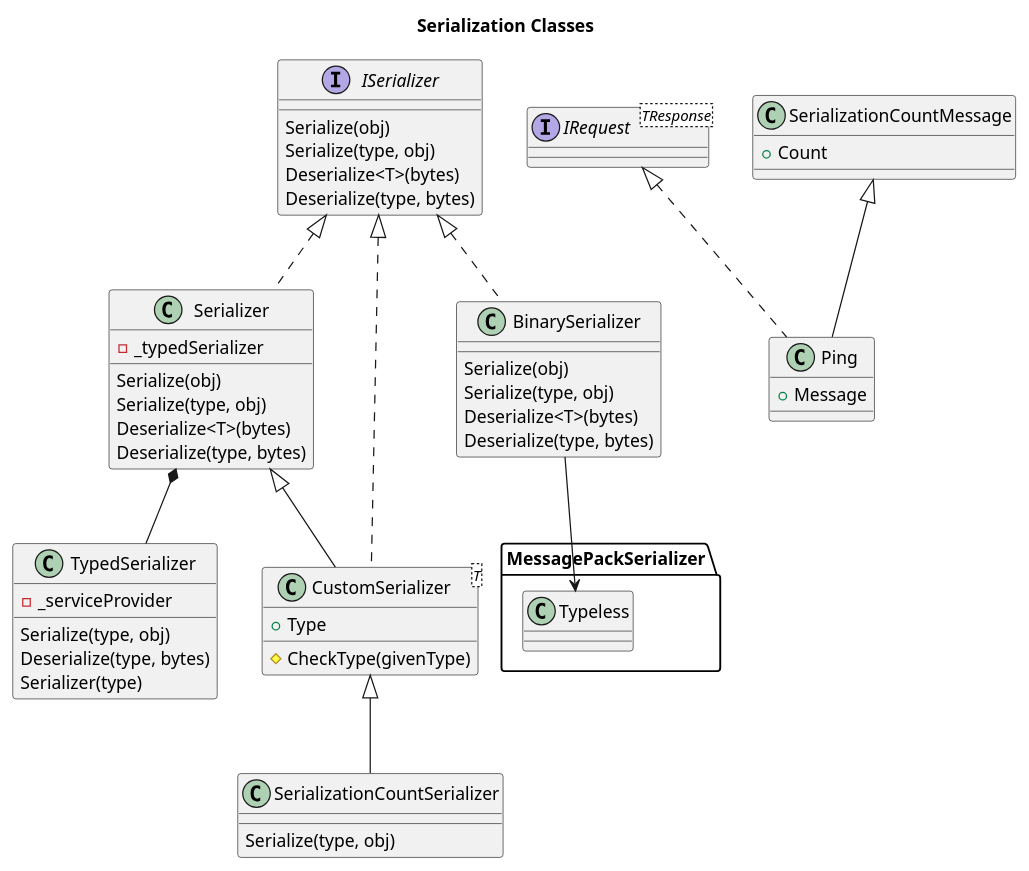
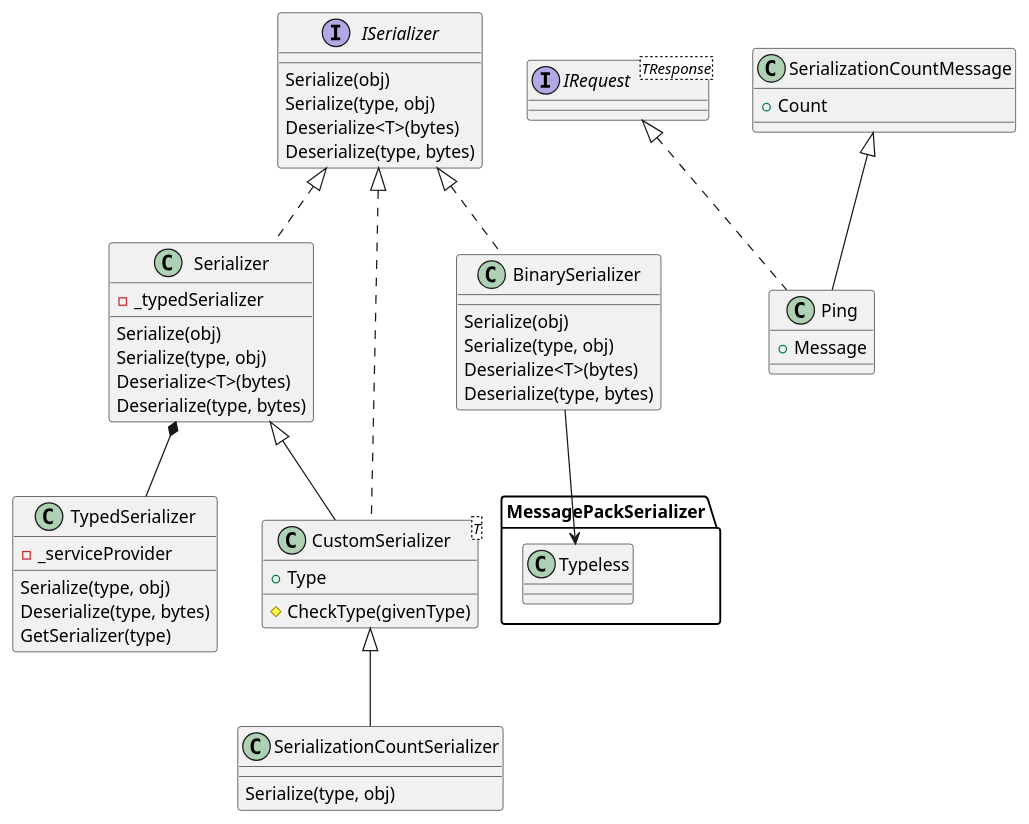
The first of 2 diagrams in doc/docs/serializer.md (toniarnold/DMediatR), drawn with PlantUML before and after one commit. The commit also changed other lines of this file and 40 other files, not shown here.

````diff
--- a/doc/docs/serializer.md
+++ b/doc/docs/serializer.md
@@ -7,66 +9,64 @@
 ```plantUml
 @startuml serialization-classes
-
-Title Serialization Classes
 
 ' Serializer
 interface ISerializer {
     Serialize(obj)
     Serialize(type, obj)
     Deserialize<T>(bytes)
     Deserialize(type, bytes)
 }
 
 class Serializer implements ISerializer {
     - _typedSerializer
     Serialize(obj)
     Serialize(type, obj)
     Deserialize<T>(bytes)
     Deserialize(type, bytes)
 }
 
 class BinarySerializer implements ISerializer {
     Serialize(obj)
     Serialize(type, obj)
     Deserialize<T>(bytes)
     Deserialize(type, bytes)
 }
 
 class MessagePackSerializer.Typeless
 
 BinarySerializer --> Typeless
 
 class TypedSerializer {
     - _serviceProvider
     Serialize(type, obj)
     Deserialize(type, bytes)
-    Serializer(type)
+    GetSerializer(type)
 }
 
 Serializer *-- TypedSerializer
 
 class CustomSerializer<T> extends Serializer implements ISerializer{
     + Type
     # CheckType(givenType)
 }
 
 class SerializationCountSerializer extends CustomSerializer {
     Serialize(type, obj)
 }
 
 
 ' Serialized Objects
 
 interface IRequest<TResponse>
 
 
 class SerializationCountMessage  {
     + Count
 }
 
 class Ping extends SerializationCountMessage implements IRequest {
     + Message
 }
 
 @enduml
 ```
````
